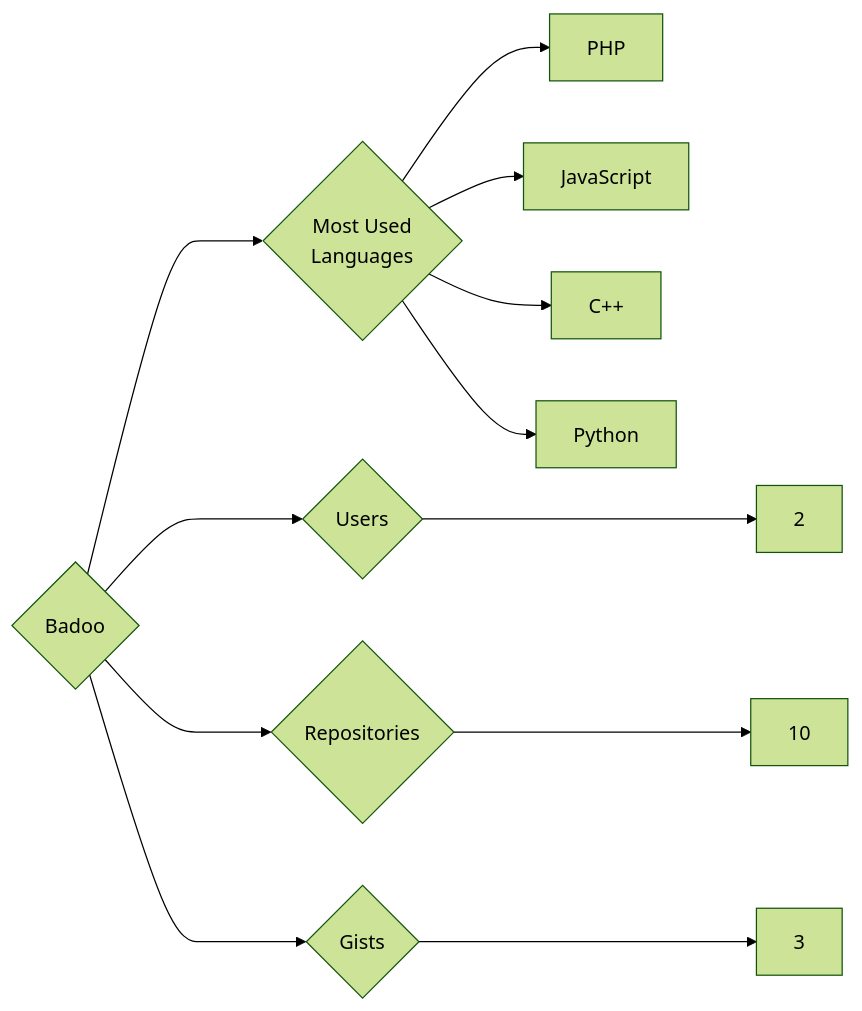
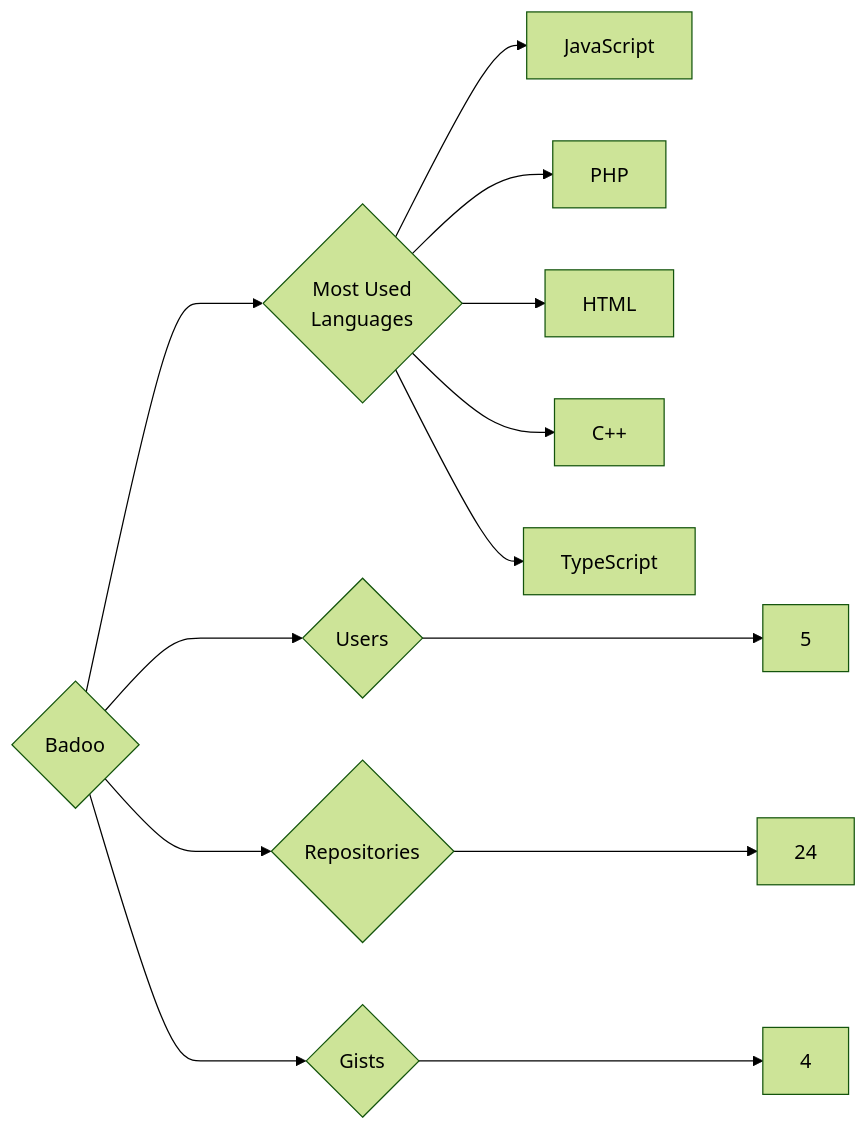
Before and after one commit to trickest/insiders: the diagram in targets/Badoo/README.md, drawn with Mermaid (forest theme). The commit also changed 840 other files, not shown here.

````diff
--- a/targets/Badoo/README.md
+++ b/targets/Badoo/README.md
@@ -3,12 +3,13 @@
 ```mermaid
 graph LR
 COMPANY_NAME{Badoo}
-COMPANY_NAME ---> U{Users} ---> UN[2]
-COMPANY_NAME ---> R{Repositories} ---> RN[10]
-COMPANY_NAME ---> G{Gists} ---> GN[3]
+COMPANY_NAME ---> U{Users} ---> UN[5]
+COMPANY_NAME ---> R{Repositories} ---> RN[24]
+COMPANY_NAME ---> G{Gists} ---> GN[4]
 COMPANY_NAME ---> ML{Most Used<br>Languages}
+ML --> JavaScript[JavaScript]
 ML --> PHP[PHP]
-ML --> JavaScript[JavaScript]
+ML --> HTML[HTML]
 ML --> C++[C++]
-ML --> Python[Python]
+ML --> TypeScript[TypeScript]
 ```
````
